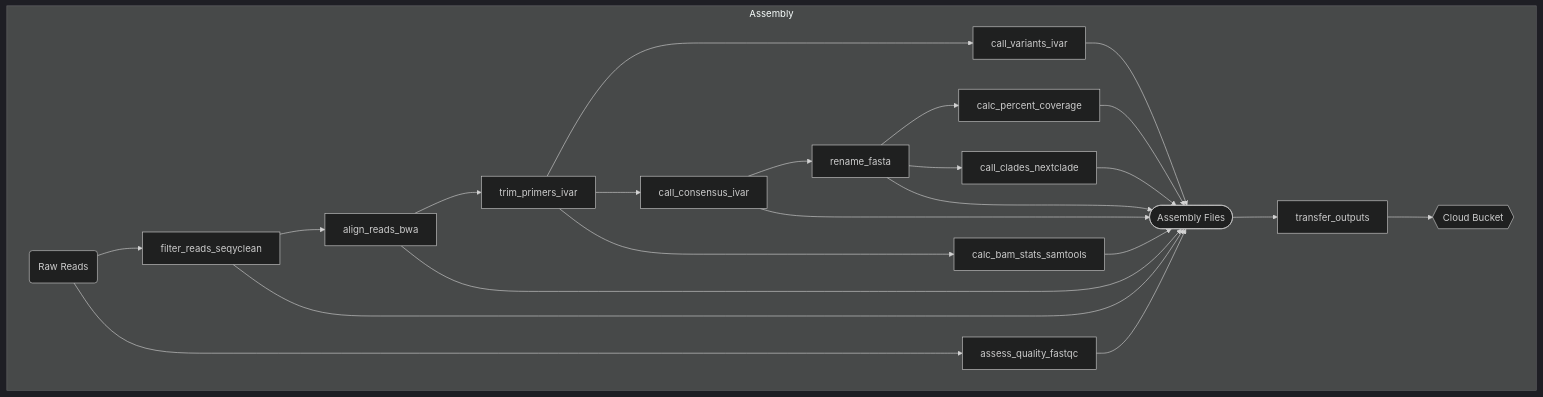
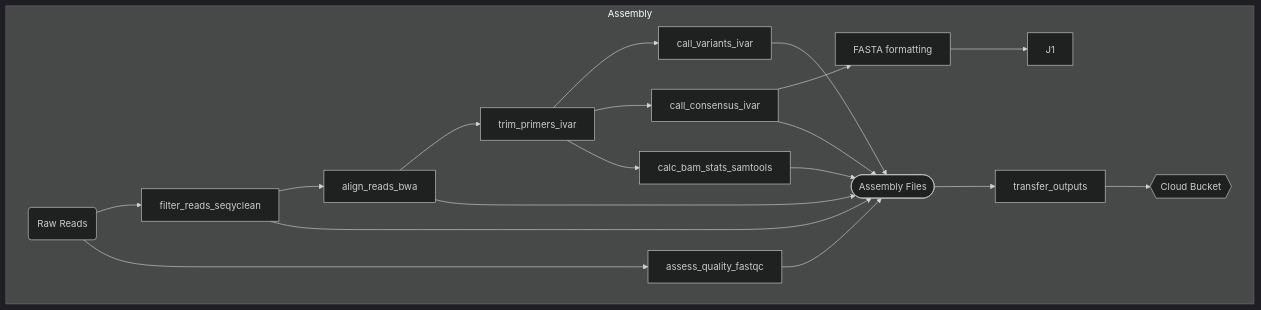
Before and after one commit to CDPHE-bioinformatics/CDPHE-Viral-Amplicon-WDL: the first of 3 diagrams in README.md, drawn with Mermaid (dark theme). The commit also changed other lines of this file, not shown here.

Commit message:
modified:   README.md

````diff
--- a/README.md
+++ b/README.md
@@ -29,27 +27,23 @@
 ```mermaid
 graph TD
     subgraph Assembly
     A1(Raw Reads) --> B1
     A1 --> C1
     B1[filter_reads_seqyclean] --> D1
     B1 --> L1
     C1[assess_quality_fastqc] --> L1
     D1[align_reads_bwa] --> E1
     D1 --> L1
     E1[trim_primers_ivar] --> F1
     E1 --> G1
     E1 --> H1
     F1[call_variants_ivar] --> L1
     G1[call_consensus_ivar] --> I1
     G1 --> L1
     H1[calc_bam_stats_samtools] --> L1
-    I1[rename_fasta] --> J1
-    I1 --> K1
-    I1 --> L1
-    J1[calc_percent_coverage] --> L1
-    K1[call_clades_nextclade] --> L1
+    I1[FASTA formatting] --> J1
     L1([Assembly Files]) --> M1
     M1[transfer_outputs] --> N1
     N1{{Cloud Bucket}}
     end
 ```
````
